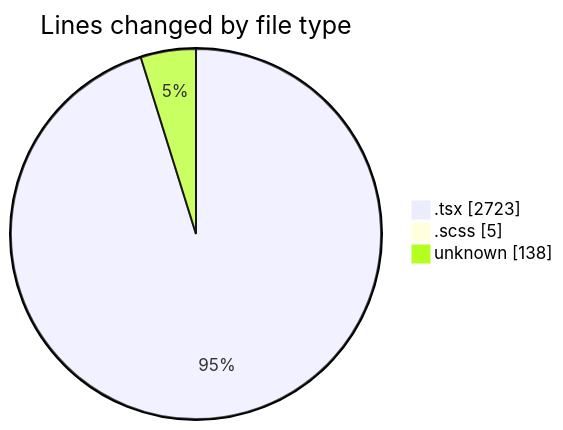
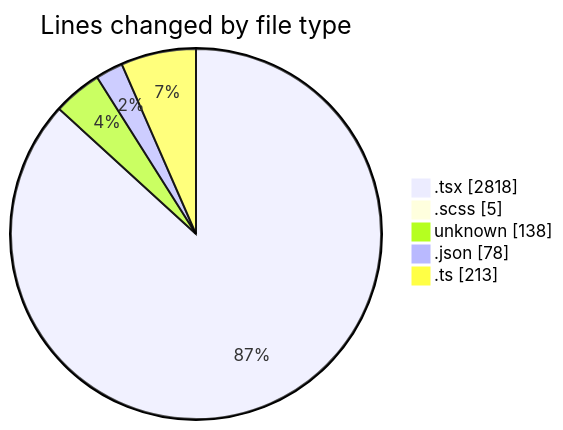
The first of 2 diagrams in 2026-10-13/cda/README.md (momahboobian/code-tracking), drawn with Mermaid before and after one commit. The commit also changed other lines of this file and 1 other file, not shown here.

````diff
--- a/2026-10-13/cda/README.md
+++ b/2026-10-13/cda/README.md
@@ -35,7 +38,9 @@
 ```mermaid
 pie showData
 title Lines changed by file type
-".tsx" : 2723
+".tsx" : 2818
 ".scss" : 5
 "unknown" : 138
+".json" : 78
+".ts" : 213
 ```
````
